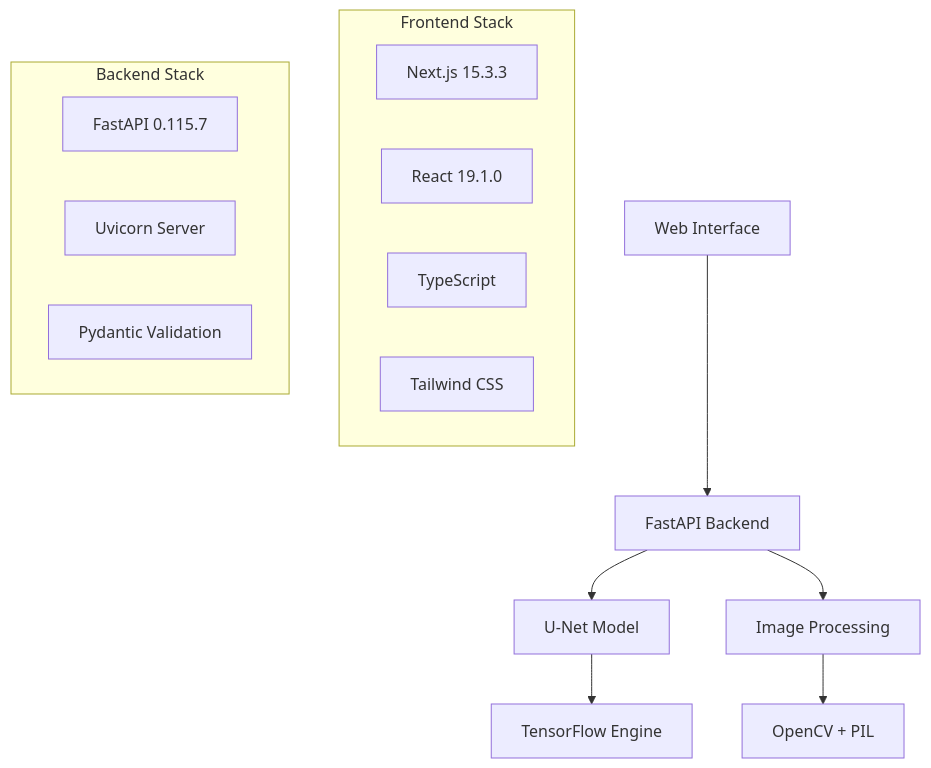
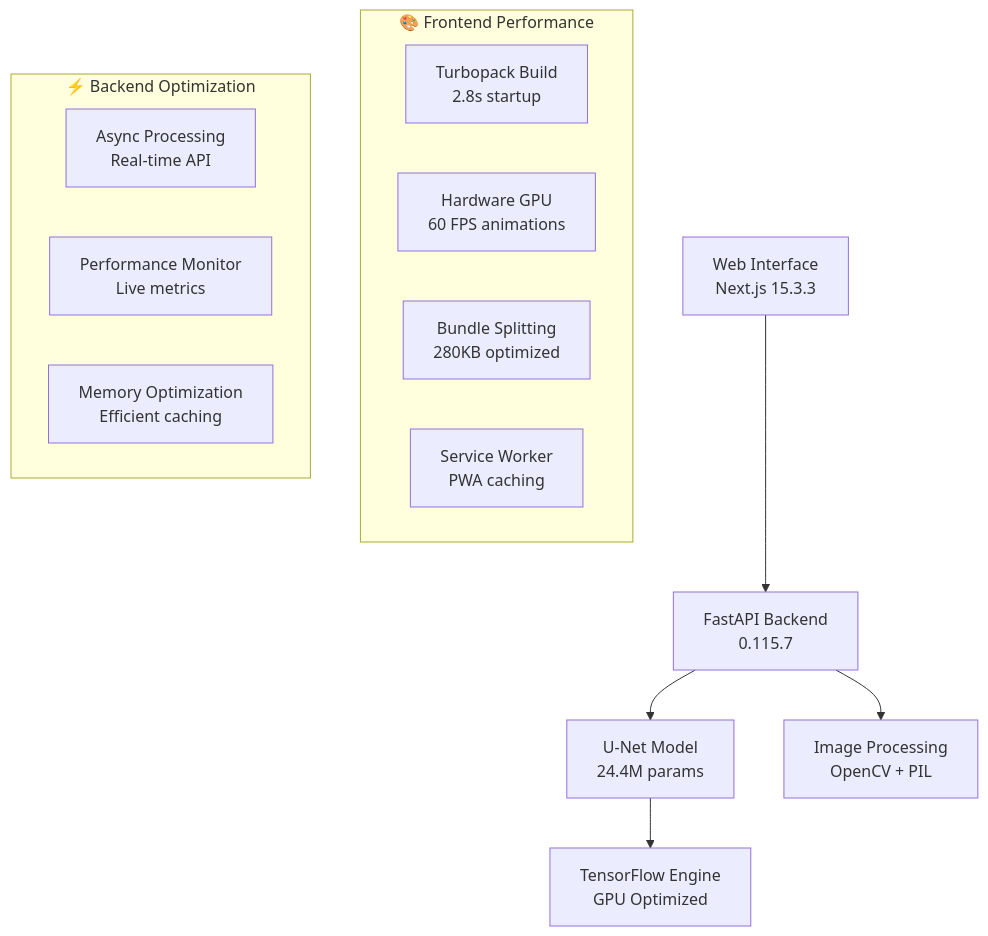
Before and after one commit to guilhermegranchopro/LXthon: the diagram in README.md, drawn with Mermaid. The commit also changed other lines of this file and 11 other files, not shown here.

````diff
--- a/README.md
+++ b/README.md
@@ -45,21 +53,20 @@
 ```mermaid
 graph TB
-    A[Web Interface] --> B[FastAPI Backend]
-    B --> C[U-Net Model]
-    C --> D[TensorFlow Engine]
-    B --> E[Image Processing]
-    E --> F[OpenCV + PIL]
+    A[Web Interface<br/>Next.js 15.3.3] --> B[FastAPI Backend<br/>0.115.7]
+    B --> C[U-Net Model<br/>24.4M params]
+    C --> D[TensorFlow Engine<br/>GPU Optimized]
+    B --> E[Image Processing<br/>OpenCV + PIL]
     
-    subgraph "Frontend Stack"
-        A1[Next.js 15.3.3]
-        A2[React 19.1.0]
-        A3[TypeScript]
-        A4[Tailwind CSS]
+    subgraph "🎨 Frontend Performance"
+        A1[Turbopack Build<br/>2.8s startup]
+        A2[Hardware GPU<br/>60 FPS animations]
+        A3[Bundle Splitting<br/>280KB optimized]
+        A4[Service Worker<br/>PWA caching]
     end
     
-    subgraph "Backend Stack"
-        B1[FastAPI 0.115.7]
-        B2[Uvicorn Server]
-        B3[Pydantic Validation]
+    subgraph "⚡ Backend Optimization"
+        B1[Async Processing<br/>Real-time API]
+        B2[Performance Monitor<br/>Live metrics]
+        B3[Memory Optimization<br/>Efficient caching]
     end
 ```
````
